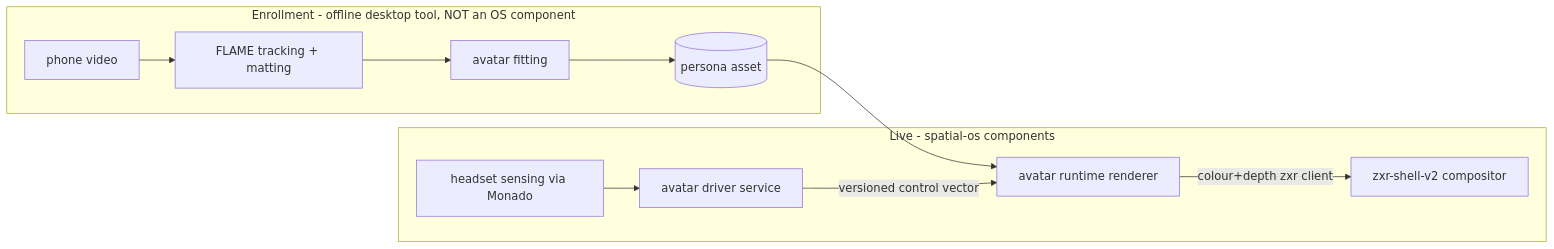
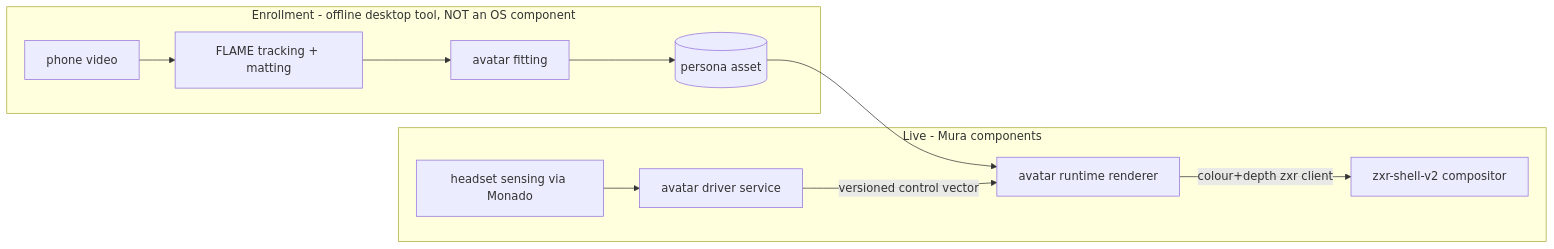
The diagram in docs/architecture/avatar-persona.md (mura-os/mura), drawn with Mermaid before and after one commit. The commit also changed other lines of this file and 112 other files, not shown here.

Commit message:
rename spatial-os to Mura

````diff
--- a/docs/architecture/avatar-persona.md
+++ b/docs/architecture/avatar-persona.md
@@ -17,12 +17,12 @@
 ```mermaid
 flowchart LR
     subgraph offline [Enrollment - offline desktop tool, NOT an OS component]
         cap[phone video] --> track[FLAME tracking + matting] --> fit[avatar fitting] --> asset[(persona asset)]
     end
-    subgraph live [Live - spatial-os components]
+    subgraph live [Live - Mura components]
         sensing[headset sensing via Monado] --> driver[avatar driver service]
         asset --> runtime[avatar runtime renderer]
         driver -->|"versioned control vector"| runtime
         runtime -->|"colour+depth zxr client"| zxr[zxr-shell-v2 compositor]
     end
 ```
````
